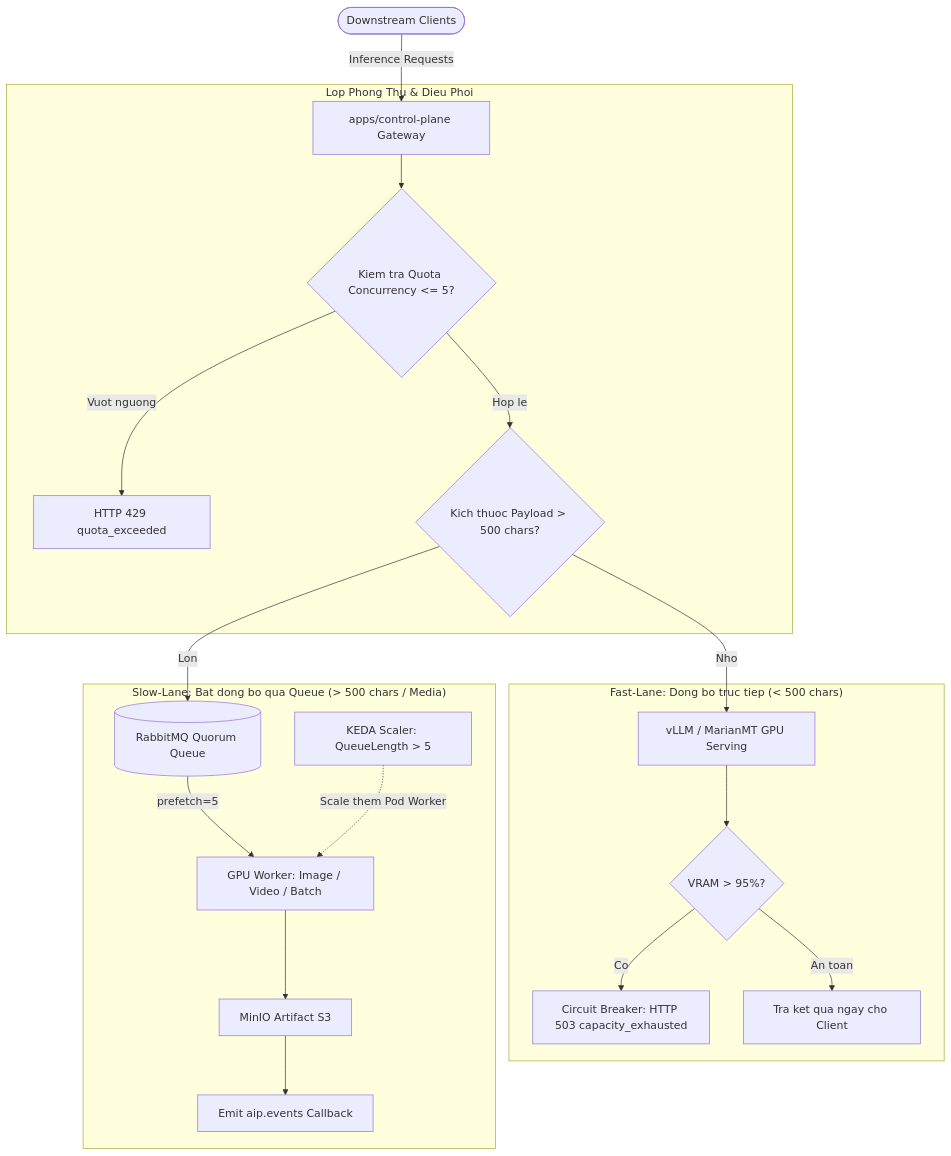
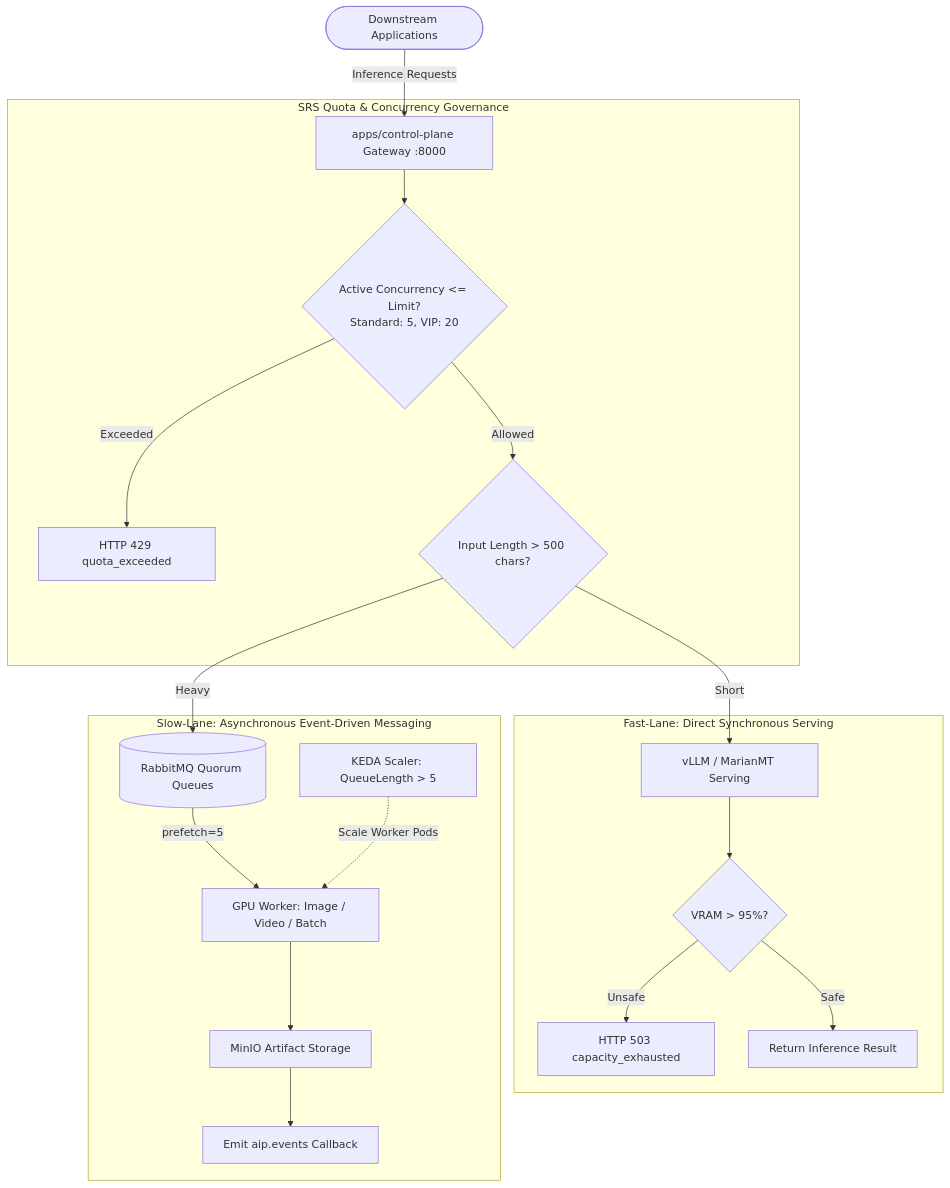
Before and after one commit to namle682004-coder/ai_platform: the diagram in deploy/docs/GPU_LOAD_TESTING_GUIDE.md, drawn with Mermaid. The commit also changed other lines of this file and 3 other files, not shown here.

Commit message:
feat(srs): align all load tests and docs to 100% SRS compliance and English standard

````diff
--- a/deploy/docs/GPU_LOAD_TESTING_GUIDE.md
+++ b/deploy/docs/GPU_LOAD_TESTING_GUIDE.md
@@ -39,26 +38,26 @@
 ```mermaid
 flowchart TD
-    Client([Downstream Clients]) -->|Inference Requests| Gateway[apps/control-plane Gateway]
+    Client([Downstream Applications]) -->|Inference Requests| Gateway[apps/control-plane Gateway :8000]
     
-    subgraph Guard["Lop Phong Thu & Dieu Phoi"]
-        Gateway --> Quota{Kiem tra Quota Concurrency <= 5?}
-        Quota -->|Vuot nguong| Err429[HTTP 429 quota_exceeded]
-        Quota -->|Hop le| SizeCheck{Kich thuoc Payload > 500 chars?}
+    subgraph Governance["SRS Quota & Concurrency Governance"]
+        Gateway --> QuotaCheck{Active Concurrency <= Limit?<br/>Standard: 5, VIP: 20}
+        QuotaCheck -->|Exceeded| Err429[HTTP 429 quota_exceeded]
+        QuotaCheck -->|Allowed| SizeCheck{Input Length > 500 chars?}
     end
 
-    subgraph FastLane["Fast-Lane: Dong bo truc tiep (< 500 chars)"]
-        SizeCheck -->|Nho| DirectGPU[vLLM / MarianMT GPU Serving]
-        DirectGPU --> Telemetry{VRAM > 95%?}
-        Telemetry -->|Co| CB[Circuit Breaker: HTTP 503 capacity_exhausted]
-        Telemetry -->|An toan| Result[Tra ket qua ngay cho Client]
+    subgraph FastLane["Fast-Lane: Direct Synchronous Serving"]
+        SizeCheck -->|Short| DirectServing[vLLM / MarianMT Serving]
+        DirectServing --> VRAMCheck{VRAM > 95%?}
+        VRAMCheck -->|Unsafe| CB[HTTP 503 capacity_exhausted]
+        VRAMCheck -->|Safe| Output[Return Inference Result]
     end
 
-    subgraph SlowLane["Slow-Lane: Bat dong bo qua Queue (> 500 chars / Media)"]
-        SizeCheck -->|Lon| RabbitMQ[(RabbitMQ Quorum Queue)]
+    subgraph SlowLane["Slow-Lane: Asynchronous Event-Driven Messaging"]
+        SizeCheck -->|Heavy| RabbitMQ[(RabbitMQ Quorum Queues)]
         RabbitMQ -->|prefetch=5| Worker[GPU Worker: Image / Video / Batch]
-        Worker --> Storage[MinIO Artifact S3]
-        Storage --> Event[Emit aip.events Callback]
+        Worker --> Storage[MinIO Artifact Storage]
+        Storage --> Callback[Emit aip.events Callback]
         
-        KEDA[KEDA Scaler: QueueLength > 5] -.->|Scale them Pod Worker| Worker
+        KEDA[KEDA Scaler: QueueLength > 5] -.->|Scale Worker Pods| Worker
     end
 ```
````
